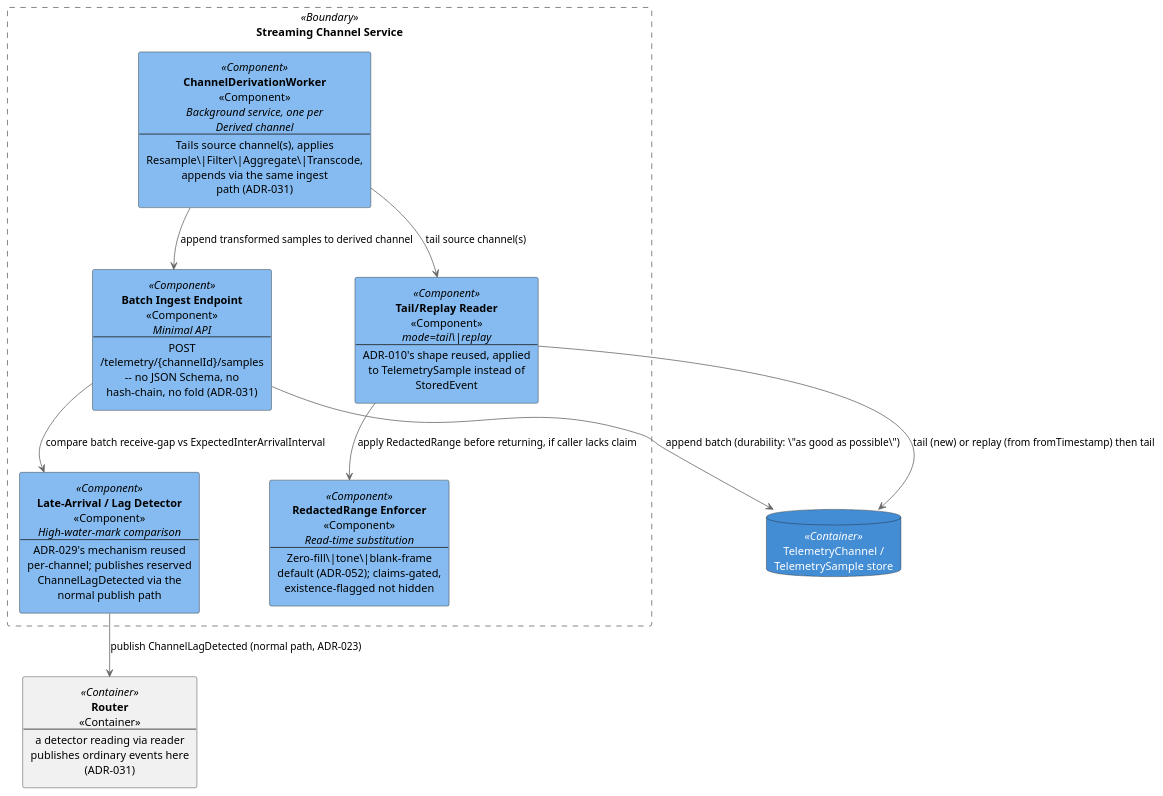
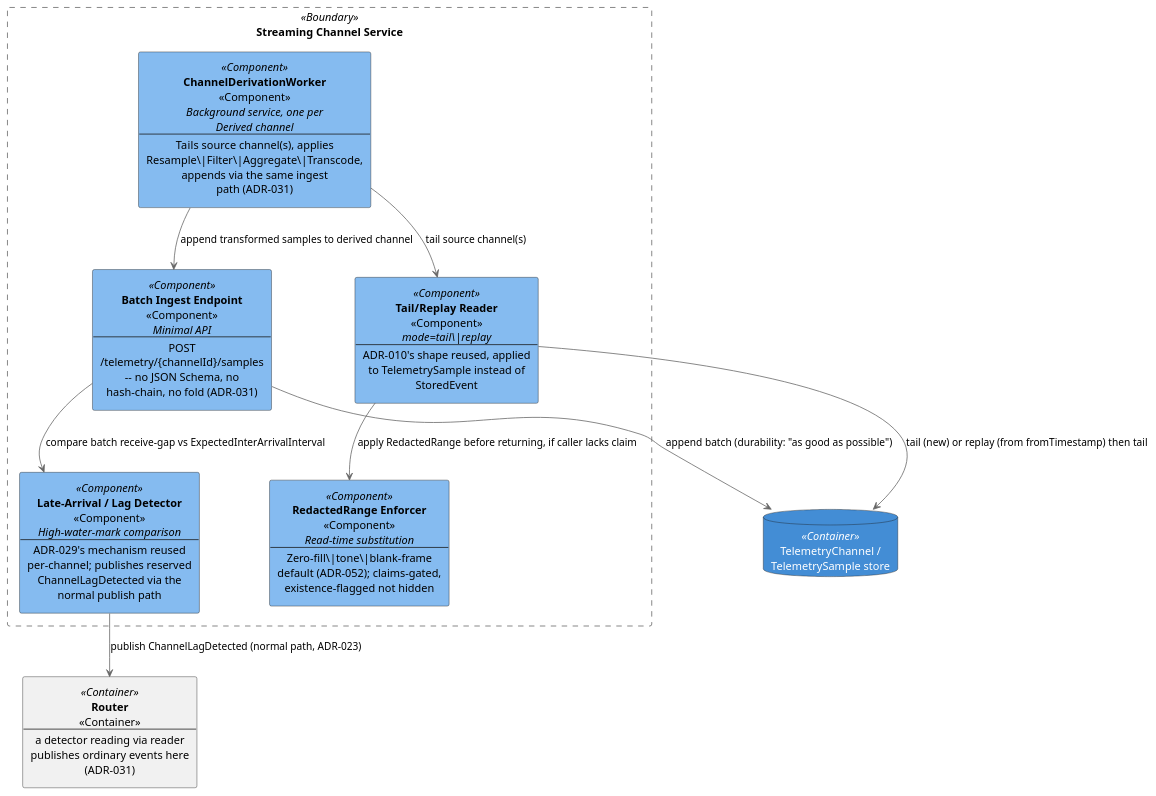
The seventh of 9 diagrams in docs/01-c4-architecture.md (Mwwhited-BookLearning/EventSourcing), drawn with PlantUML before and after one commit. The commit also changed other lines of this file and 39 other files, not shown here.

````diff
--- a/docs/01-c4-architecture.md
+++ b/docs/01-c4-architecture.md
@@ -387,41 +387,41 @@
 ```plantuml
 @startuml C4_Component_StreamingChannel
 skinparam shadowing false
 skinparam defaultTextAlignment center
 skinparam wrapWidth 220
 skinparam rectangle<<Component>> {
   BackgroundColor #85BBF0
   FontColor black
 }
 skinparam database<<Container>> {
   BackgroundColor #438DD5
   FontColor white
 }
 skinparam rectangle<<Boundary>> {
   BackgroundColor transparent
   BorderColor #666666
   BorderStyle dashed
 }
 skinparam ArrowColor #666666
 
 rectangle "Streaming Channel Service" <<Boundary>> as streamingSvc {
     rectangle "**Batch Ingest Endpoint**\n<<Component>>\n//Minimal API//\n--\nPOST /telemetry/{channelId}/samples -- no JSON Schema, no hash-chain, no fold (ADR-031)" <<Component>> as ingest
     rectangle "**Late-Arrival / Lag Detector**\n<<Component>>\n//High-water-mark comparison//\n--\nADR-029's mechanism reused per-channel; publishes reserved ChannelLagDetected via the normal publish path" <<Component>> as lagDetector
     rectangle "**Tail/Replay Reader**\n<<Component>>\n//mode=tail\\|replay//\n--\nADR-010's shape reused, applied to TelemetrySample instead of StoredEvent" <<Component>> as reader
     rectangle "**ChannelDerivationWorker**\n<<Component>>\n//Background service, one per Derived channel//\n--\nTails source channel(s), applies Resample\\|Filter\\|Aggregate\\|Transcode, appends via the same ingest path (ADR-031)" <<Component>> as derivation
     rectangle "**RedactedRange Enforcer**\n<<Component>>\n//Read-time substitution//\n--\nZero-fill\\|tone\\|blank-frame default (ADR-052); claims-gated, existence-flagged not hidden" <<Component>> as redaction
 }
 
 database "TelemetryChannel / TelemetrySample store" <<Container>> as telemetryDb
 rectangle "**Router**\n<<Container>>\n--\na detector reading via reader publishes ordinary events here (ADR-031)" <<Container>> as router
 
-ingest --> telemetryDb : append batch (durability: \"as good as possible\")
+ingest --> telemetryDb : append batch (durability: "as good as possible")
 ingest --> lagDetector : compare batch receive-gap vs ExpectedInterArrivalInterval
 lagDetector --> router : publish ChannelLagDetected (normal path, ADR-023)
 reader --> telemetryDb : tail (new) or replay (from fromTimestamp) then tail
 reader --> redaction : apply RedactedRange before returning, if caller lacks claim
 derivation --> reader : tail source channel(s)
 derivation --> ingest : append transformed samples to derived channel
 
 @enduml
 ```
````
